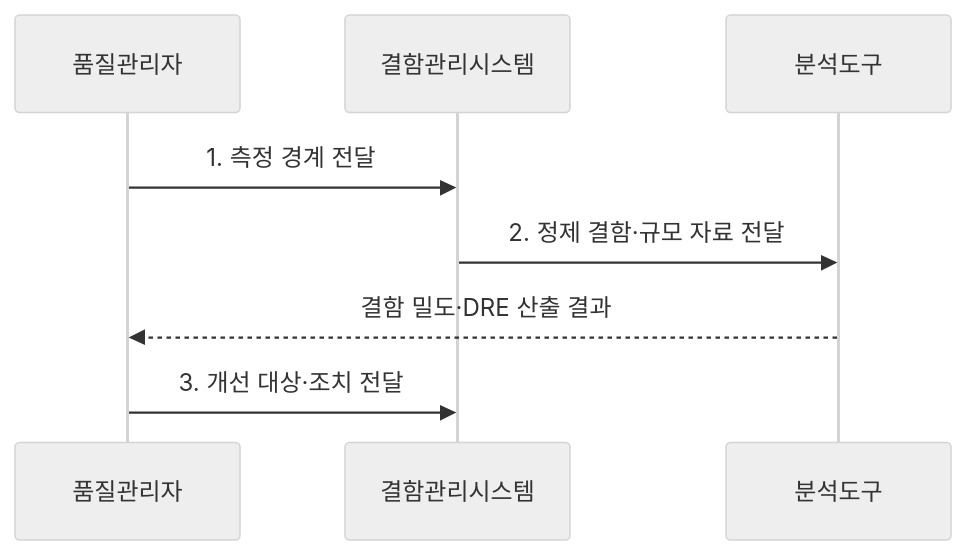
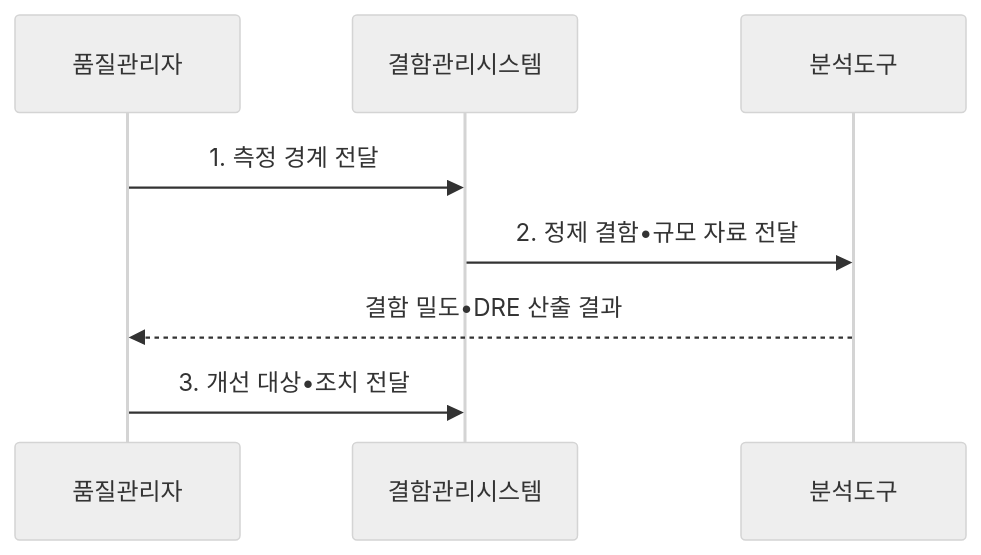
Before and after one commit to agnusdei1207/knowledge-base: the second of 2 diagrams in src/content/docs/notes/06-evaluation/032_defect_density_removal_rate.md, drawn with Mermaid (neutral theme). The commit also changed other lines of this file and 953 other files, not shown here.

````diff
--- a/src/content/docs/notes/06-evaluation/032_defect_density_removal_rate.md
+++ b/src/content/docs/notes/06-evaluation/032_defect_density_removal_rate.md
@@ -100,10 +100,10 @@
 ```mermaid
 sequenceDiagram
     participant Q as 품질관리자
     participant D as 결함관리시스템
     participant A as 분석도구
     Q->>D: 1. 측정 경계 전달
-    D->>A: 2. 정제 결함·규모 자료 전달
-    A-->>Q: 결함 밀도·DRE 산출 결과
-    Q->>D: 3. 개선 대상·조치 전달
+    D->>A: 2. 정제 결함•규모 자료 전달
+    A-->>Q: 결함 밀도•DRE 산출 결과
+    Q->>D: 3. 개선 대상•조치 전달
 ```
````
